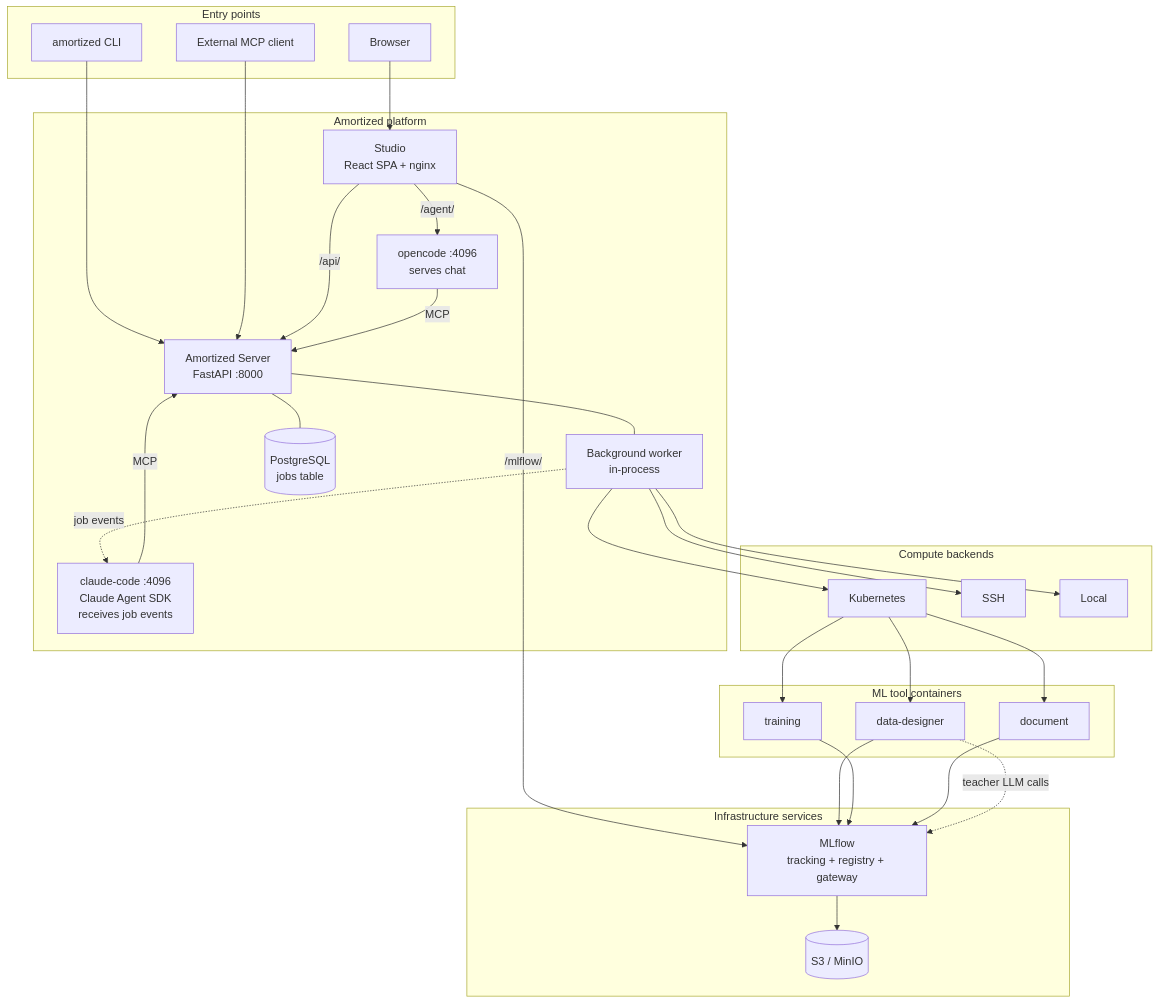
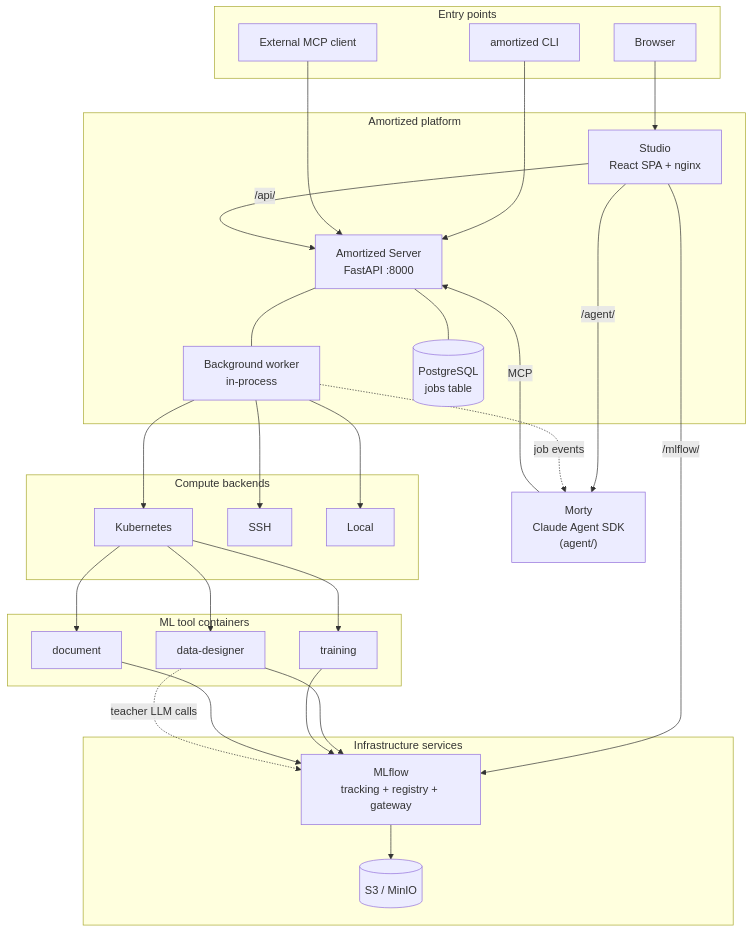
One commit to amortized-ai/amortized changed the first of 8 diagrams in docs/architecture.md. Above: the diagram before and after it, drawn with Mermaid. The commit also changed other lines of this file, not shown here.

First line of the commit message:
docs: update architecture.md for current main branch state

````diff
--- a/docs/architecture.md
+++ b/docs/architecture.md
@@ -57,57 +31,56 @@
 ```mermaid
 graph TB
     subgraph entry["Entry points"]
         browser["Browser"]
         cli["amortized CLI"]
         ext["External MCP client"]
     end
 
     subgraph platform["Amortized platform"]
         studio["Studio<br/>React SPA + nginx"]
         server["Amortized Server<br/>FastAPI :8000"]
-        oc["opencode :4096<br/>serves chat"]
-        cc["claude-code :4096<br/>Claude Agent SDK<br/>receives job events"]
         worker["Background worker<br/>in-process"]
         db[("PostgreSQL<br/>jobs table")]
     end
+
+    agent["Morty<br/>Claude Agent SDK<br/>(agent/)"]
 
     subgraph backends["Compute backends"]
         k8s["Kubernetes"]
         ssh["SSH"]
         local["Local"]
     end
 
     subgraph containers["ML tool containers"]
         dd["data-designer"]
         train["training"]
         doc["document"]
     end
 
     subgraph infra["Infrastructure services"]
         mlflow["MLflow<br/>tracking + registry + gateway"]
         s3[("S3 / MinIO")]
     end
 
     browser --> studio
     cli --> server
     ext --> server
     studio -->|/api/| server
-    studio -->|/agent/| oc
+    studio -->|/agent/| agent
     studio -->|/mlflow/| mlflow
-    oc -->|MCP| server
-    cc -->|MCP| server
-    worker -.->|job events| cc
+    agent -->|MCP| server
+    worker -.->|job events| agent
     server --- worker
     server --- db
     worker --> k8s
     worker --> ssh
     worker --> local
     k8s --> dd
     k8s --> train
     k8s --> doc
     dd --> mlflow
     train --> mlflow
     doc --> mlflow
     mlflow --> s3
     dd -.->|teacher LLM calls| mlflow
 ```
````
